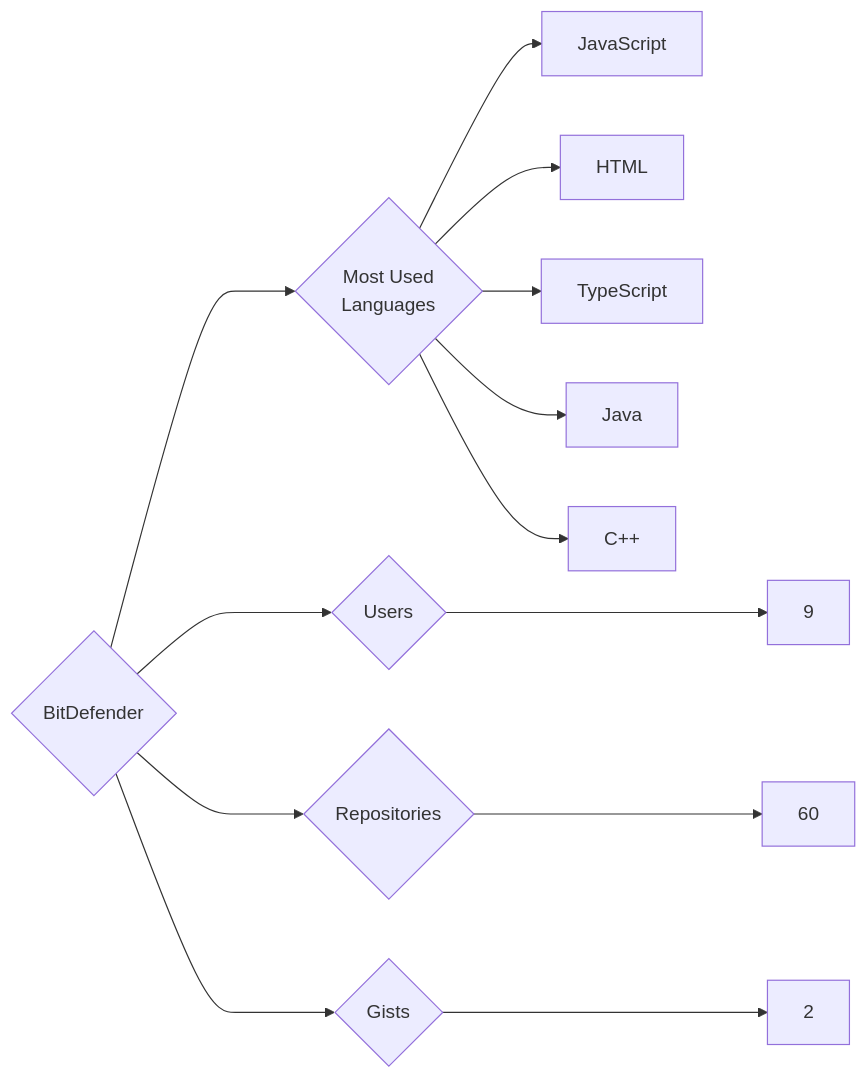
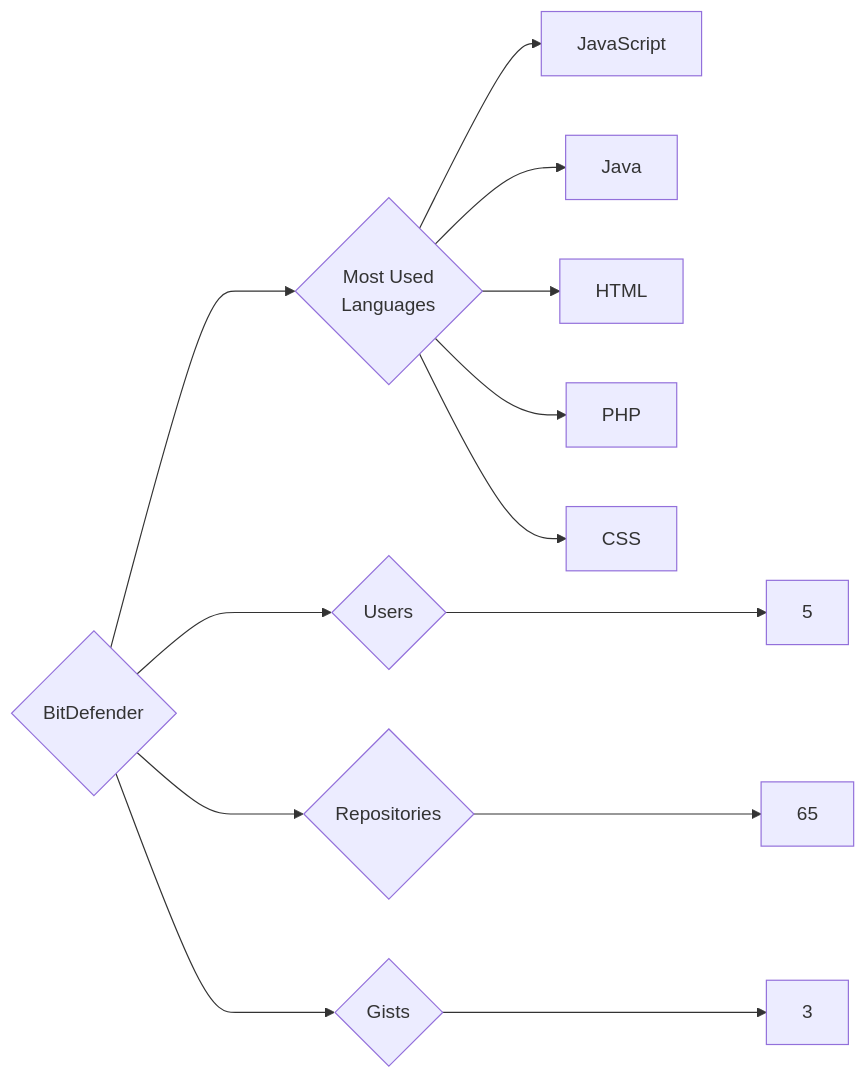
The diagram in targets/BitDefender/README.md (trickest/insiders), drawn with Mermaid before and after one commit. The commit also changed 823 other files, not shown here.

````diff
--- a/targets/BitDefender/README.md
+++ b/targets/BitDefender/README.md
@@ -3,13 +3,13 @@
 ```mermaid
 graph LR
 COMPANY_NAME{BitDefender}
-COMPANY_NAME ---> U{Users} ---> UN[9]
-COMPANY_NAME ---> R{Repositories} ---> RN[60]
-COMPANY_NAME ---> G{Gists} ---> GN[2]
+COMPANY_NAME ---> U{Users} ---> UN[5]
+COMPANY_NAME ---> R{Repositories} ---> RN[65]
+COMPANY_NAME ---> G{Gists} ---> GN[3]
 COMPANY_NAME ---> ML{Most Used<br>Languages}
 ML --> JavaScript[JavaScript]
+ML --> Java[Java]
 ML --> HTML[HTML]
-ML --> TypeScript[TypeScript]
-ML --> Java[Java]
-ML --> C++[C++]
+ML --> PHP[PHP]
+ML --> CSS[CSS]
 ```
````
